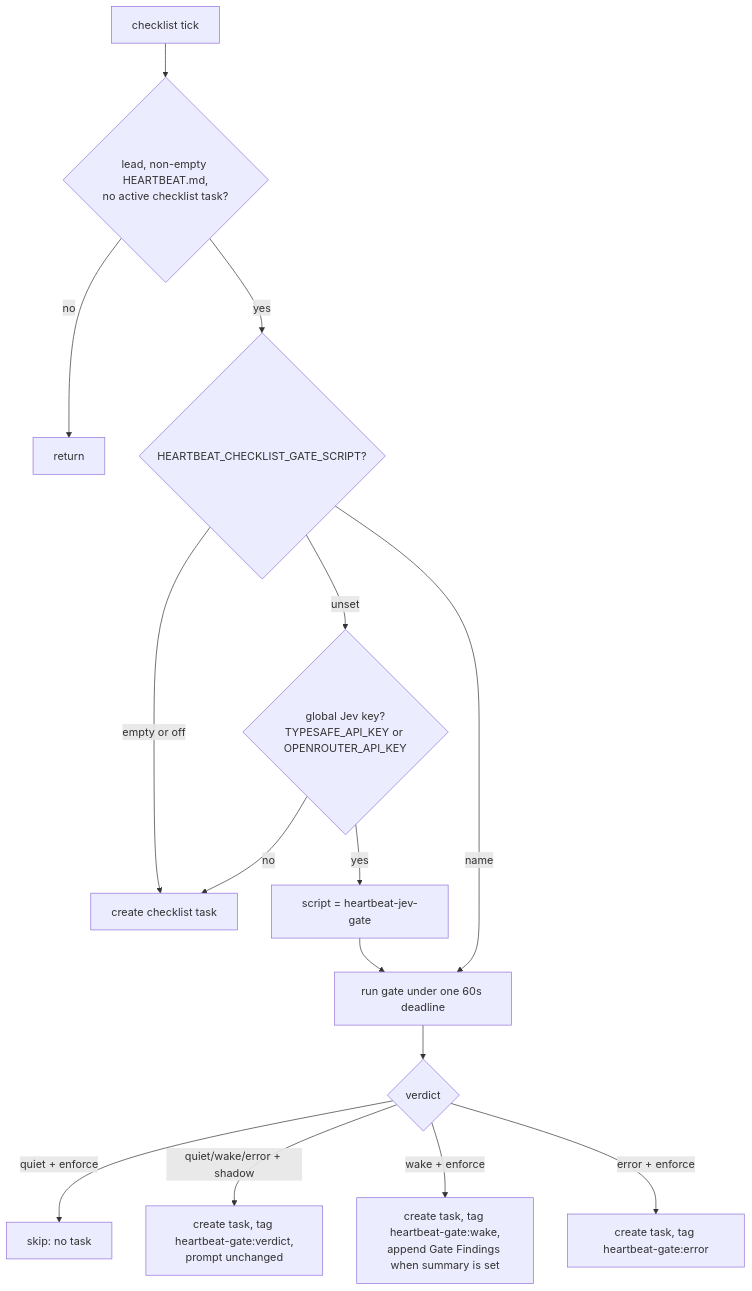
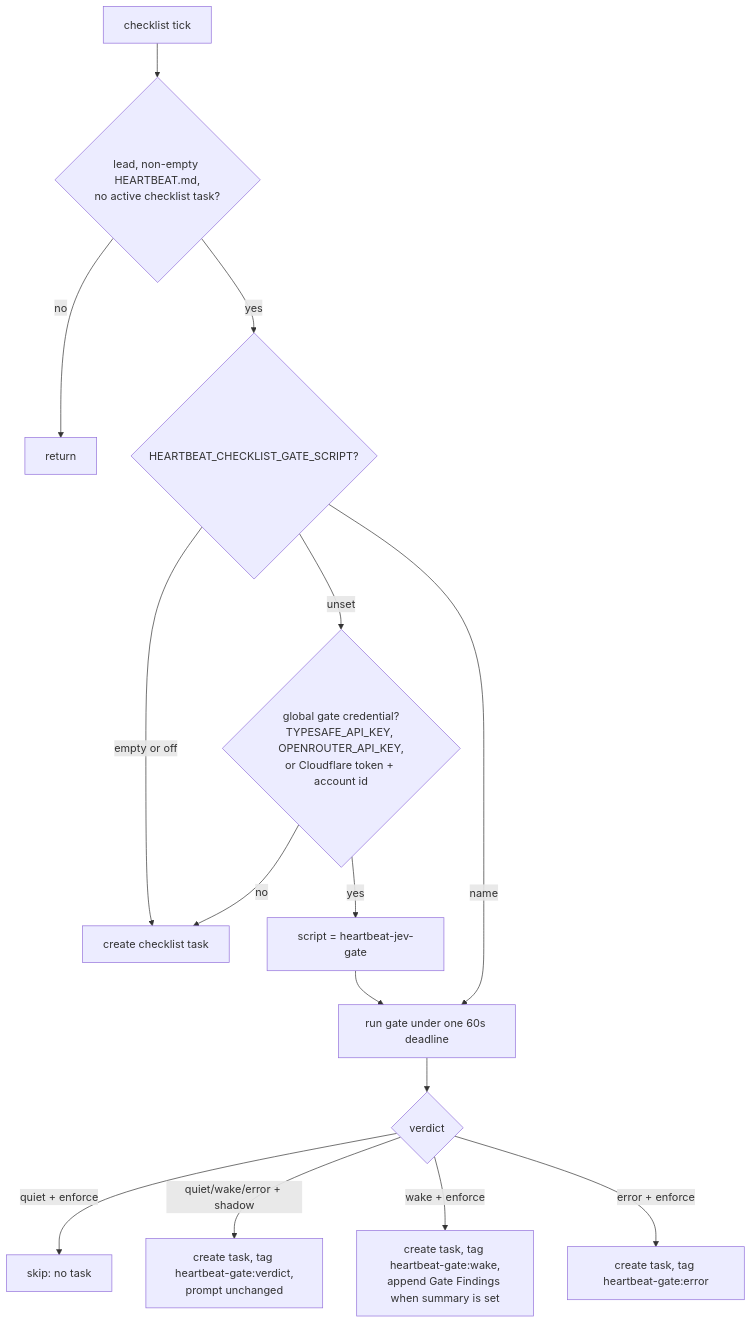
Before and after one commit to desplega-ai/agent-swarm: the seventh of 7 diagrams in runbooks/heartbeat-crash-recovery.md, drawn with Mermaid. The commit also changed other lines of this file and 27 other files, not shown here.

````diff
--- a/runbooks/heartbeat-crash-recovery.md
+++ b/runbooks/heartbeat-crash-recovery.md
@@ -823,17 +823,17 @@
 ```mermaid
 flowchart TD
   T[checklist tick] --> D{lead, non-empty HEARTBEAT.md,<br/>no active checklist task?}
   D -- no --> X[return]
   D -- yes --> G{HEARTBEAT_CHECKLIST_GATE_SCRIPT?}
   G -- "empty or off" --> C[create checklist task]
-  G -- unset --> K{global Jev key?<br/>TYPESAFE_API_KEY or OPENROUTER_API_KEY}
+  G -- unset --> K{global gate credential?<br/>TYPESAFE_API_KEY, OPENROUTER_API_KEY,<br/>or Cloudflare token + account id}
   K -- no --> C
   K -- yes --> RJ[script = heartbeat-jev-gate]
   RJ --> R
   G -- name --> R[run gate under one 60s deadline]
   R --> V{verdict}
   V -- quiet + enforce --> S[skip: no task]
   V -- quiet/wake/error + shadow --> CT[create task, tag heartbeat-gate:verdict,<br/>prompt unchanged]
   V -- wake + enforce --> CF[create task, tag heartbeat-gate:wake,<br/>append Gate Findings when summary is set]
   V -- error + enforce --> CE[create task, tag heartbeat-gate:error]
 ```
````
